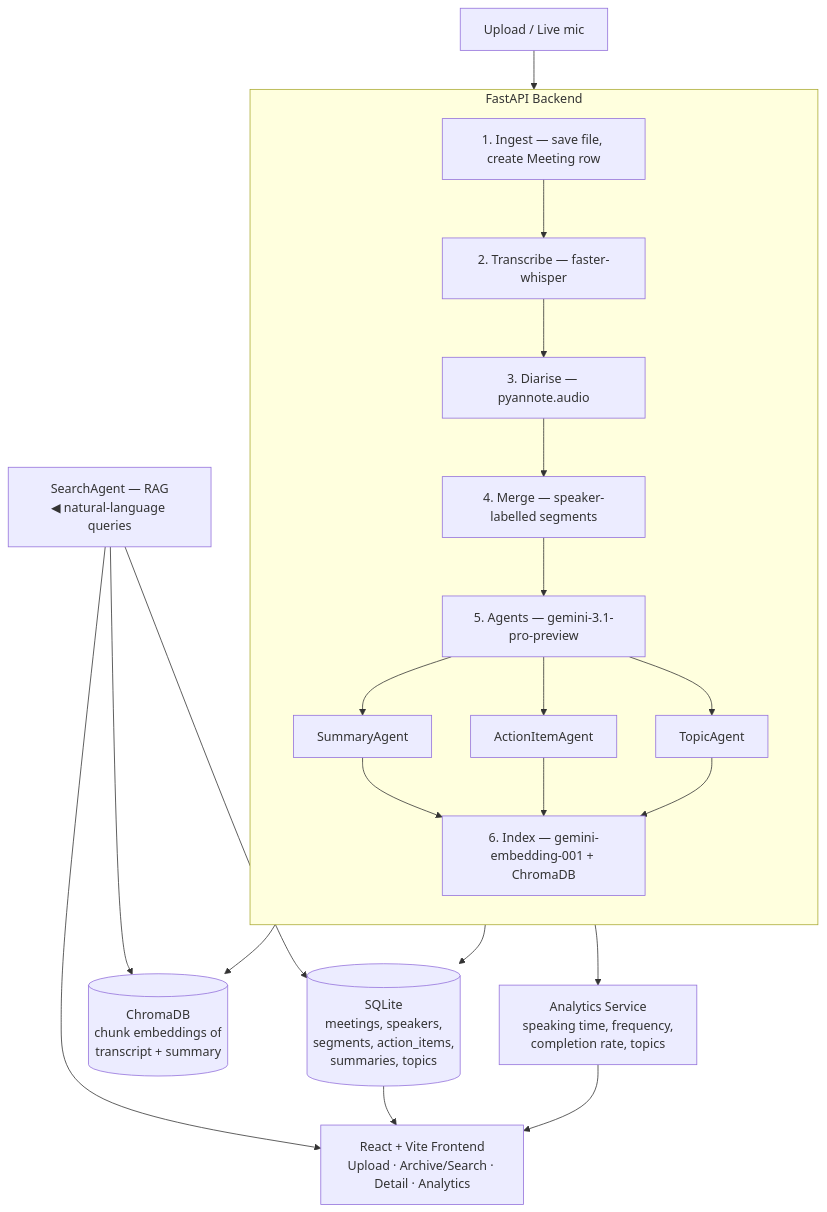
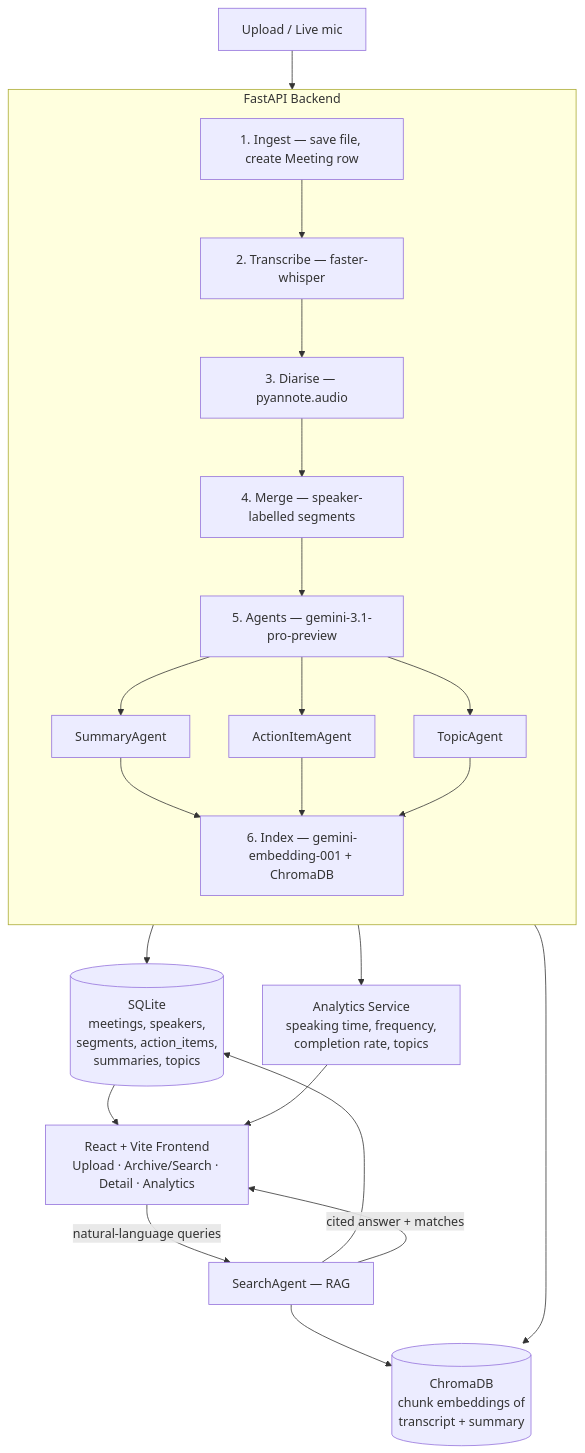
Before and after one commit to dibyo10/meeting-intelligence-platform: the diagram in docs/ARCHITECTURE.md, drawn with Mermaid.

Commit message:
Potential fix for pull request finding

````diff
--- a/docs/ARCHITECTURE.md
+++ b/docs/ARCHITECTURE.md
@@ -5,38 +5,39 @@
 ```mermaid
 flowchart TD
     Input["Upload / Live mic"]
 
     subgraph Backend["FastAPI Backend"]
         direction TB
         B1["1. Ingest — save file, create Meeting row"]
         B2["2. Transcribe — faster-whisper"]
         B3["3. Diarise — pyannote.audio"]
         B4["4. Merge — speaker-labelled segments"]
         B5["5. Agents — gemini-3.1-pro-preview"]
         B5a["SummaryAgent"]
         B5b["ActionItemAgent"]
         B5c["TopicAgent"]
         B6["6. Index — gemini-embedding-001 + ChromaDB"]
 
         B1 --> B2 --> B3 --> B4 --> B5
         B5 --> B5a & B5b & B5c
         B5a & B5b & B5c --> B6
     end
 
     Input --> B1
 
     SQLite[("SQLite\nmeetings, speakers,\nsegments, action_items,\nsummaries, topics")]
     Chroma[("ChromaDB\nchunk embeddings of\ntranscript + summary")]
     Analytics["Analytics Service\nspeaking time, frequency,\ncompletion rate, topics"]
 
     B6 --> SQLite & Chroma & Analytics
 
-    Search["SearchAgent — RAG\n◀ natural-language queries"]
+    Search["SearchAgent — RAG"]
     Search --> SQLite
     Search --> Chroma
 
     UI["React + Vite Frontend\nUpload · Archive/Search · Detail · Analytics"]
-    Search --> UI
+    UI -->|natural-language queries| Search
+    Search -->|cited answer + matches| UI
     SQLite --> UI
     Analytics --> UI
 ```
````
